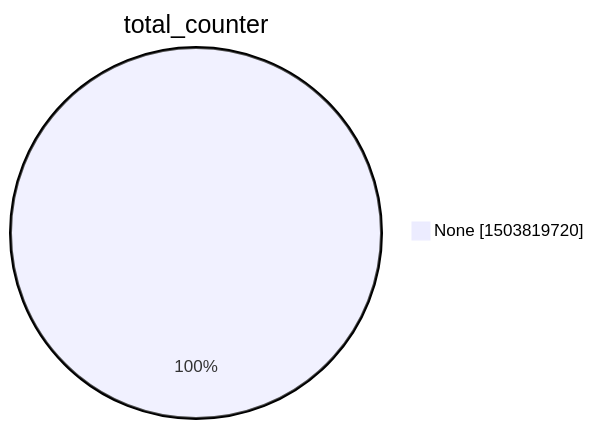
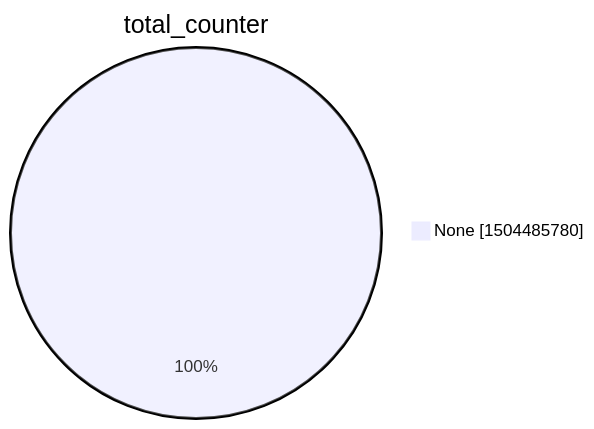
Before and after one commit to christiankrug/ctmonitor_visualization: the second of 15 diagrams in argon2022/README.md, drawn with Mermaid. The commit also changed other lines of this file, not shown here.

````diff
--- a/argon2022/README.md
+++ b/argon2022/README.md
@@ -9,5 +9,5 @@
 ```mermaid
 pie showData
 title total_counter
-"None" :1503819720
+"None" :1504485780
 ```
````
